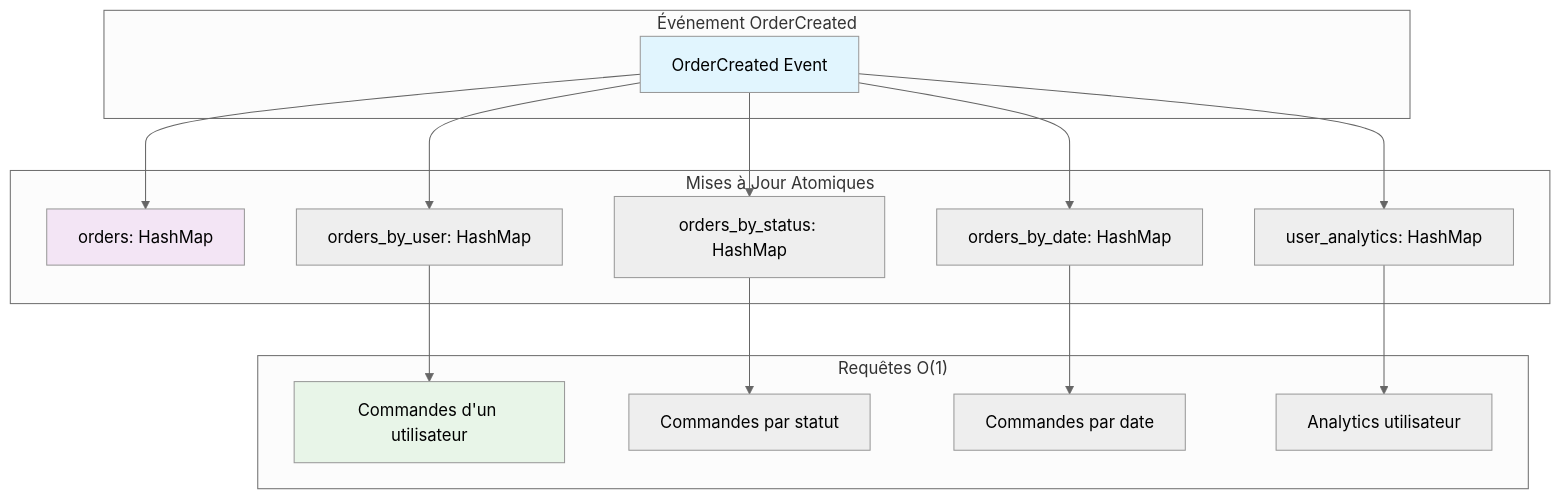
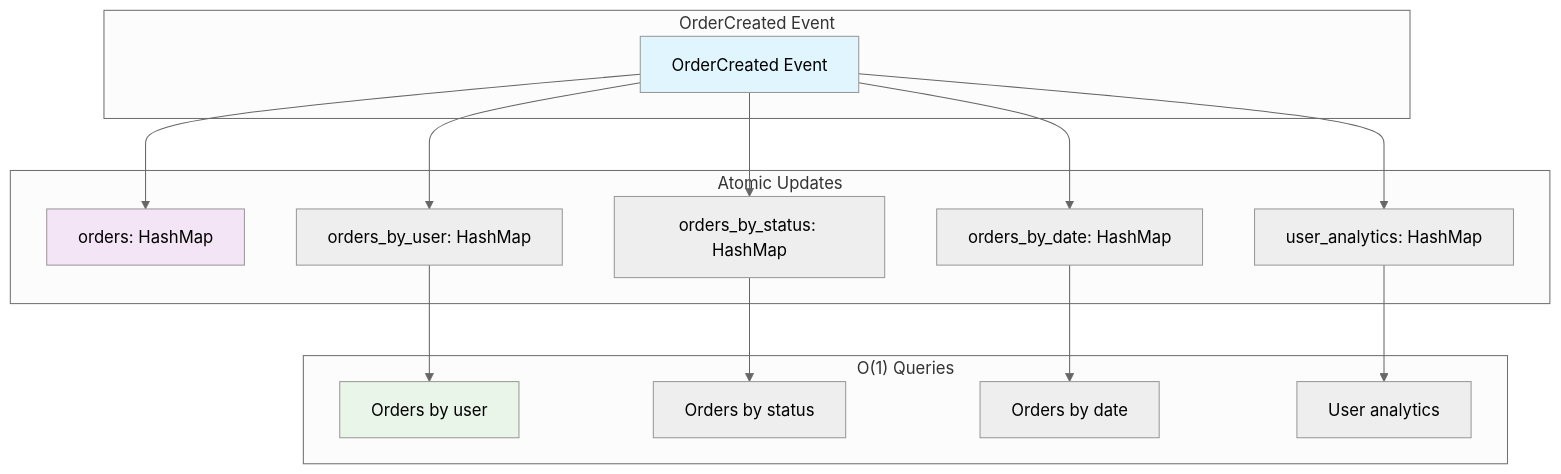
The eighth of 15 diagrams in docs/architecture/system-design.md (lithair/lithair), drawn with Mermaid (neutral theme) before and after one commit. The commit also changed other lines of this file and 84 other files, not shown here.

````diff
--- a/docs/architecture/system-design.md
+++ b/docs/architecture/system-design.md
@@ -248,36 +248,36 @@
 ```mermaid
 graph TB
-    subgraph "Événement OrderCreated"
+    subgraph "OrderCreated Event"
         ORDER_EVENT[OrderCreated Event]
     end
 
-    subgraph "Mises à Jour Atomiques"
+    subgraph "Atomic Updates"
         PRIMARY[orders: HashMap]
         BY_USER[orders_by_user: HashMap]
         BY_STATUS[orders_by_status: HashMap]
         BY_DATE[orders_by_date: HashMap]
         ANALYTICS[user_analytics: HashMap]
     end
 
-    subgraph "Requêtes O(1)"
-        QUERY1[Commandes d'un utilisateur]
-        QUERY2[Commandes par statut]
-        QUERY3[Commandes par date]
-        QUERY4[Analytics utilisateur]
+    subgraph "O(1) Queries"
+        QUERY1[Orders by user]
+        QUERY2[Orders by status]
+        QUERY3[Orders by date]
+        QUERY4[User analytics]
     end
 
     ORDER_EVENT --> PRIMARY
     ORDER_EVENT --> BY_USER
     ORDER_EVENT --> BY_STATUS
     ORDER_EVENT --> BY_DATE
     ORDER_EVENT --> ANALYTICS
 
     BY_USER --> QUERY1
     BY_STATUS --> QUERY2
     BY_DATE --> QUERY3
     ANALYTICS --> QUERY4
 
     style ORDER_EVENT fill:#e1f5fe
     style PRIMARY fill:#f3e5f5
     style QUERY1 fill:#e8f5e8
 ```
````
